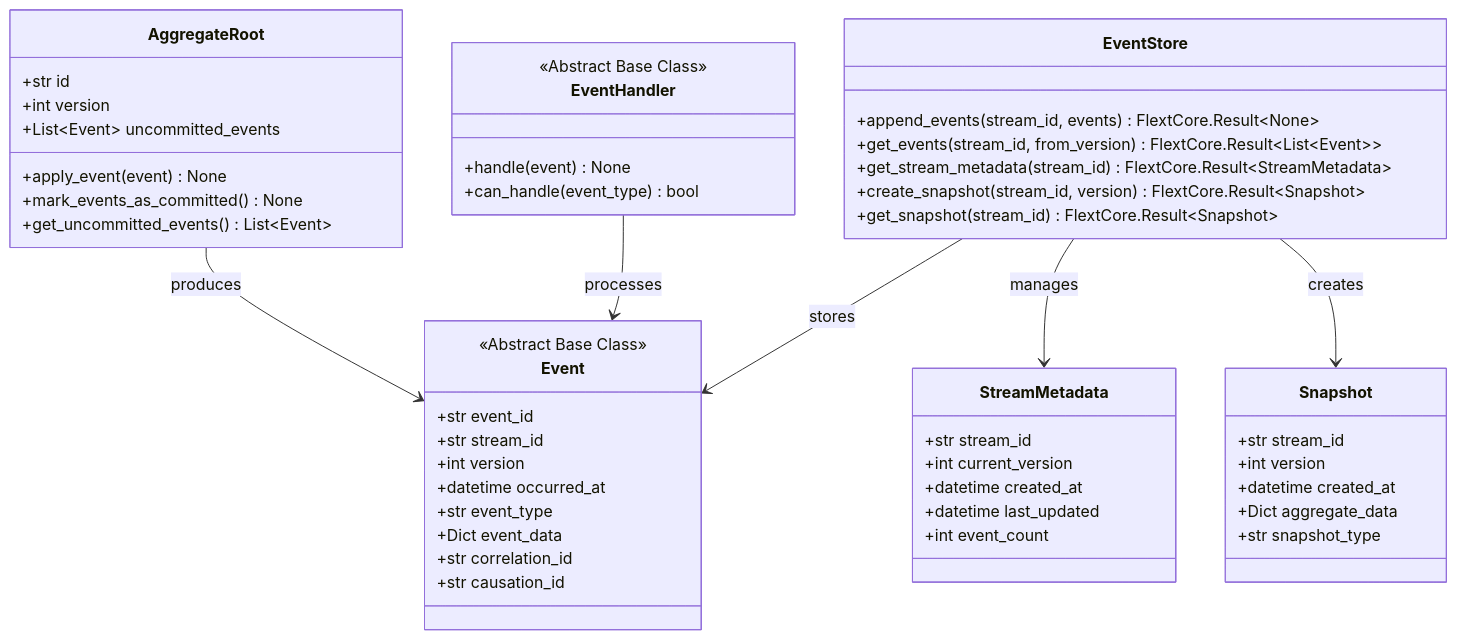
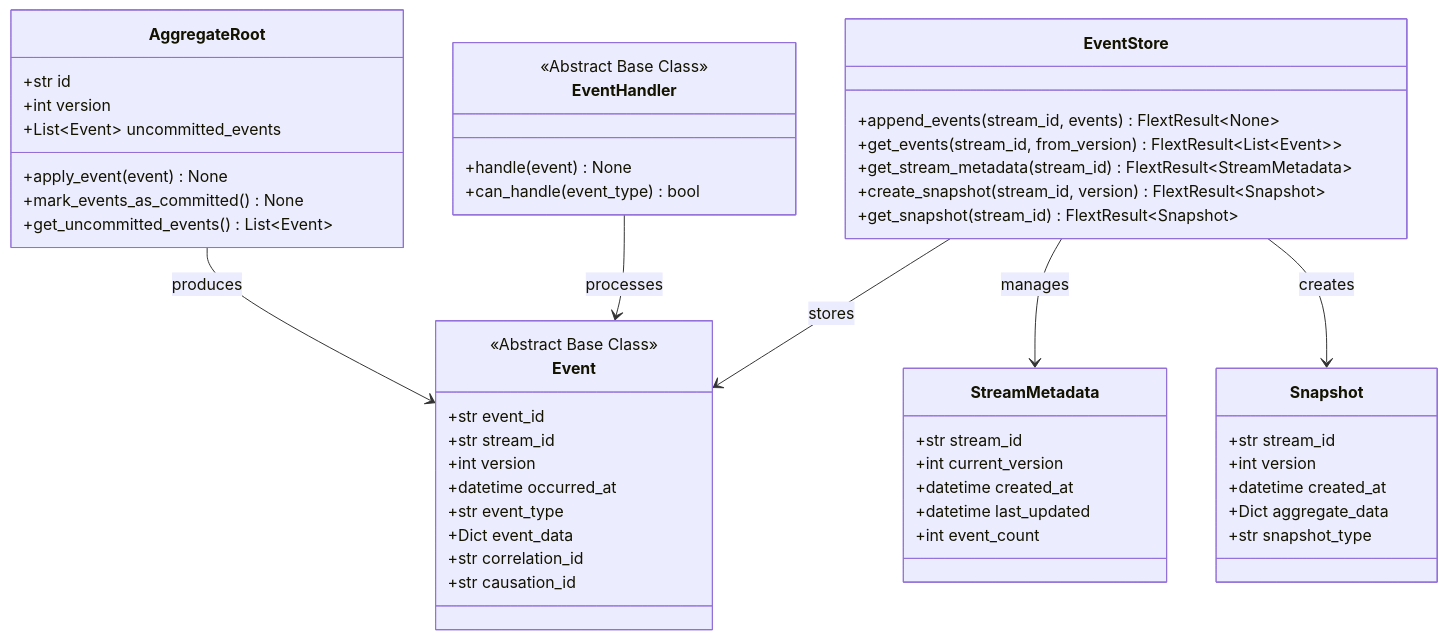
One commit to flext-sh/flext changed the tenth of 10 diagrams in docs/architecture/c4-model/code-diagrams.md. Above: the diagram before and after it, drawn with Mermaid. The commit also changed other lines of this file and 372 other files, not shown here.

````diff
--- a/docs/architecture/c4-model/code-diagrams.md
+++ b/docs/architecture/c4-model/code-diagrams.md
@@ -477,59 +477,59 @@
 ```mermaid
 classDiagram
     class EventStore {
-        +append_events(stream_id, events) FlextCore.Result~None~
-        +get_events(stream_id, from_version) FlextCore.Result~List~Event~~
-        +get_stream_metadata(stream_id) FlextCore.Result~StreamMetadata~
-        +create_snapshot(stream_id, version) FlextCore.Result~Snapshot~
-        +get_snapshot(stream_id) FlextCore.Result~Snapshot~
+        +append_events(stream_id, events) FlextResult~None~
+        +get_events(stream_id, from_version) FlextResult~List~Event~~
+        +get_stream_metadata(stream_id) FlextResult~StreamMetadata~
+        +create_snapshot(stream_id, version) FlextResult~Snapshot~
+        +get_snapshot(stream_id) FlextResult~Snapshot~
     }
 
     class Event {
         <<Abstract Base Class>>
         +str event_id
         +str stream_id
         +int version
         +datetime occurred_at
         +str event_type
         +Dict event_data
         +str correlation_id
         +str causation_id
     }
 
     class StreamMetadata {
         +str stream_id
         +int current_version
         +datetime created_at
         +datetime last_updated
         +int event_count
     }
 
     class Snapshot {
         +str stream_id
         +int version
         +datetime created_at
         +Dict aggregate_data
         +str snapshot_type
     }
 
     class AggregateRoot {
         +str id
         +int version
         +List~Event~ uncommitted_events
         +apply_event(event) None
         +mark_events_as_committed() None
         +get_uncommitted_events() List~Event~
     }
 
     class EventHandler {
         <<Abstract Base Class>>
         +handle(event) None
         +can_handle(event_type) bool
     }
 
     EventStore --> Event : stores
     EventStore --> StreamMetadata : manages
     EventStore --> Snapshot : creates
     AggregateRoot --> Event : produces
     EventHandler --> Event : processes
 ```
````
